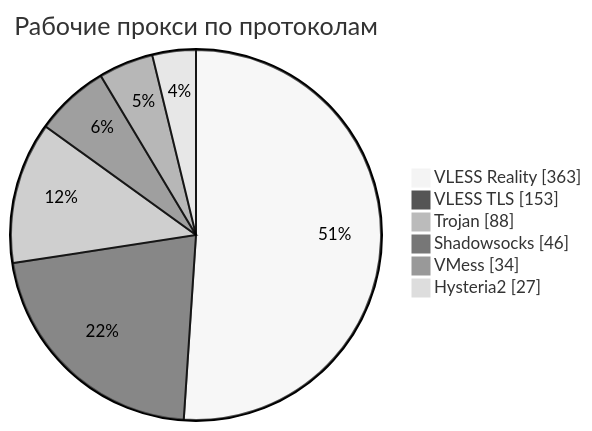
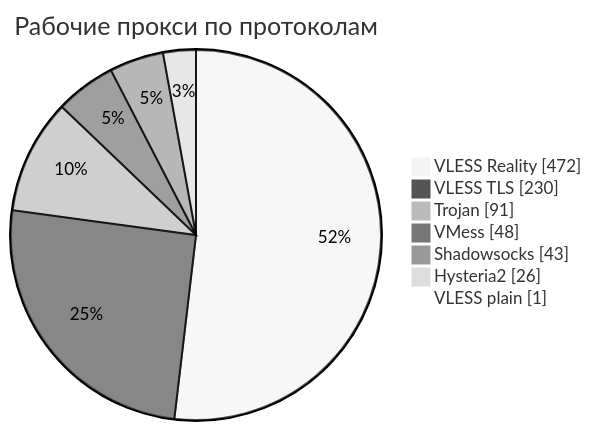
One commit to rvvg/proxy-subs changed the third of 4 diagrams in README.md. Above: the diagram before and after it, drawn with Mermaid (neutral theme). The commit also changed other lines of this file and 52 other files, not shown here.

````diff
--- a/README.md
+++ b/README.md
@@ -135,10 +140,11 @@
 ```mermaid
 pie showData
     title Рабочие прокси по протоколам
-    "VLESS Reality" : 363
-    "VLESS TLS" : 153
-    "Trojan" : 88
-    "Shadowsocks" : 46
-    "VMess" : 34
-    "Hysteria2" : 27
+    "VLESS Reality" : 472
+    "VLESS TLS" : 230
+    "Trojan" : 91
+    "VMess" : 48
+    "Shadowsocks" : 43
+    "Hysteria2" : 26
+    "VLESS plain" : 1
 ```
````
